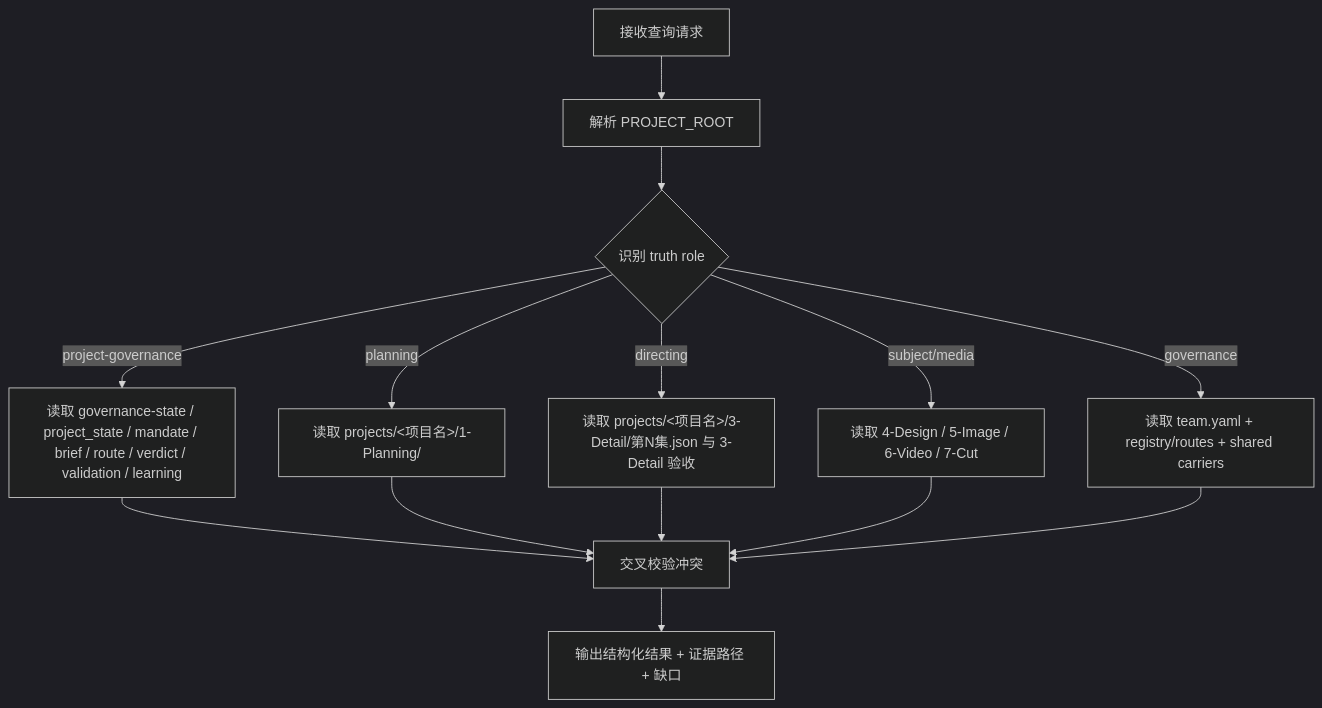
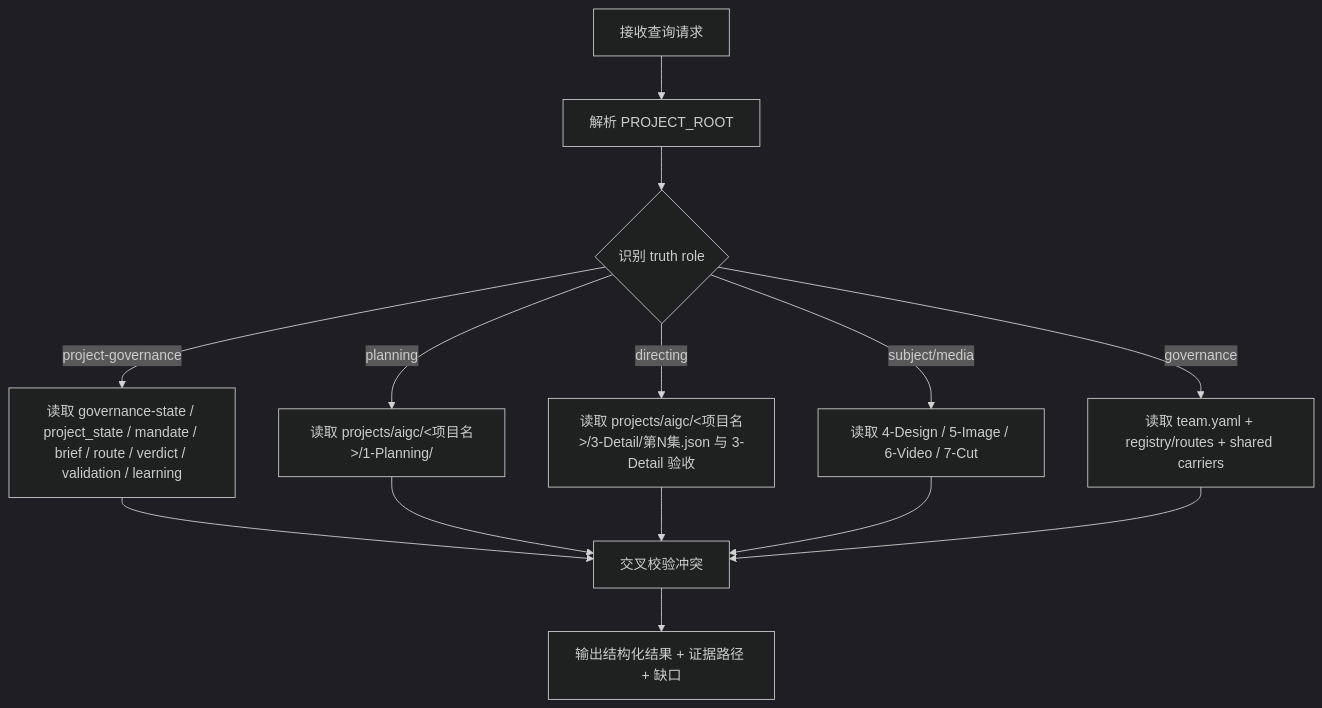
One commit to ZEN-VOID/AI-CUT changed the diagram in .agents/skills/aigc/query/SKILL.md. Above: the diagram before and after it, drawn with Mermaid (dark theme). The commit also changed other lines of this file and 162 other files, not shown here.

````diff
--- a/.agents/skills/aigc/query/SKILL.md
+++ b/.agents/skills/aigc/query/SKILL.md
@@ -43,16 +43,16 @@
 ```mermaid
 flowchart TD
     A["接收查询请求"] --> B["解析 PROJECT_ROOT"]
     B --> C{"识别 truth role"}
     C -->|"project-governance"| D["读取 governance-state / project_state / mandate / brief / route / verdict / validation / learning"]
-    C -->|"planning"| E["读取 projects/<项目名>/1-Planning/"]
-    C -->|"directing"| F["读取 projects/<项目名>/3-Detail/第N集.json 与 3-Detail 验收"]
+    C -->|"planning"| E["读取 projects/aigc/<项目名>/1-Planning/"]
+    C -->|"directing"| F["读取 projects/aigc/<项目名>/3-Detail/第N集.json 与 3-Detail 验收"]
     C -->|"subject/media"| G["读取 4-Design / 5-Image / 6-Video / 7-Cut"]
     C -->|"governance"| H["读取 team.yaml + registry/routes + shared carriers"]
     D --> I["交叉校验冲突"]
     E --> I
     F --> I
     G --> I
     H --> I
     I --> J["输出结构化结果 + 证据路径 + 缺口"]
 ```
````
